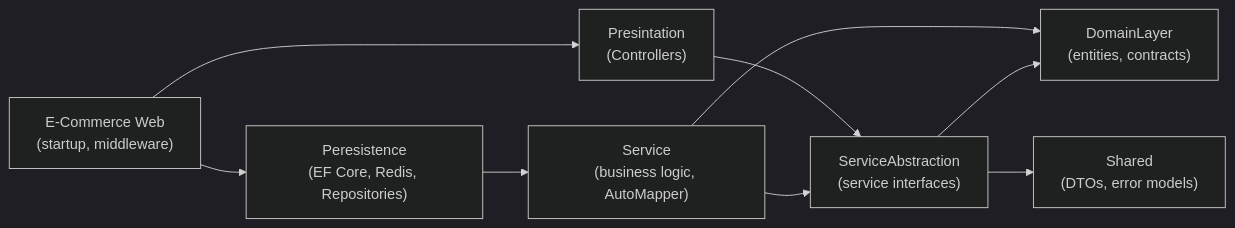
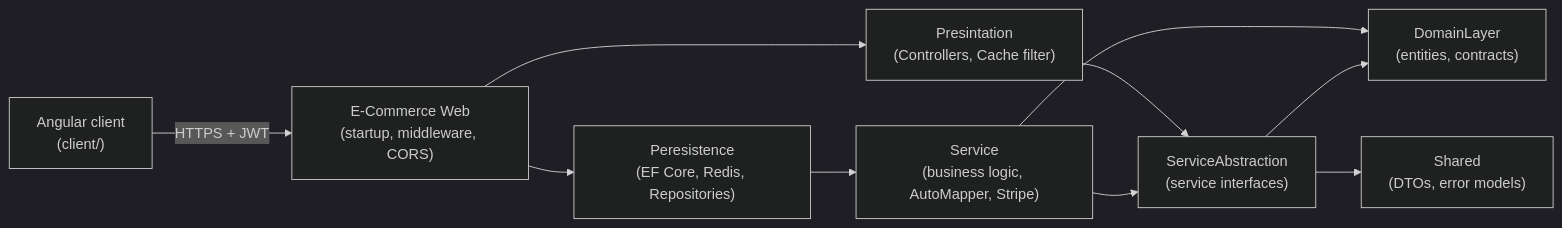
The first of 2 diagrams in README.md (AnasEltohamy/Talabat-Platform), drawn with Mermaid (dark theme) before and after one commit. The commit also changed other lines of this file, not shown here.

````diff
--- a/README.md
+++ b/README.md
@@ -54,11 +89,12 @@
 ```mermaid
 flowchart LR
-    Web["E-Commerce Web<br/>(startup, middleware)"] --> Pres["Presintation<br/>(Controllers)"]
+    Web["E-Commerce Web<br/>(startup, middleware, CORS)"] --> Pres["Presintation<br/>(Controllers, Cache filter)"]
     Web --> Pers["Peresistence<br/>(EF Core, Redis, Repositories)"]
     Pres --> SA["ServiceAbstraction<br/>(service interfaces)"]
-    Pers --> Svc["Service<br/>(business logic, AutoMapper)"]
+    Pers --> Svc["Service<br/>(business logic, AutoMapper, Stripe)"]
     Svc --> SA
     Svc --> Dom["DomainLayer<br/>(entities, contracts)"]
     SA --> Dom
     SA --> Shared["Shared<br/>(DTOs, error models)"]
+    Client["Angular client<br/>(client/)"] -->|HTTPS + JWT| Web
 ```
````
